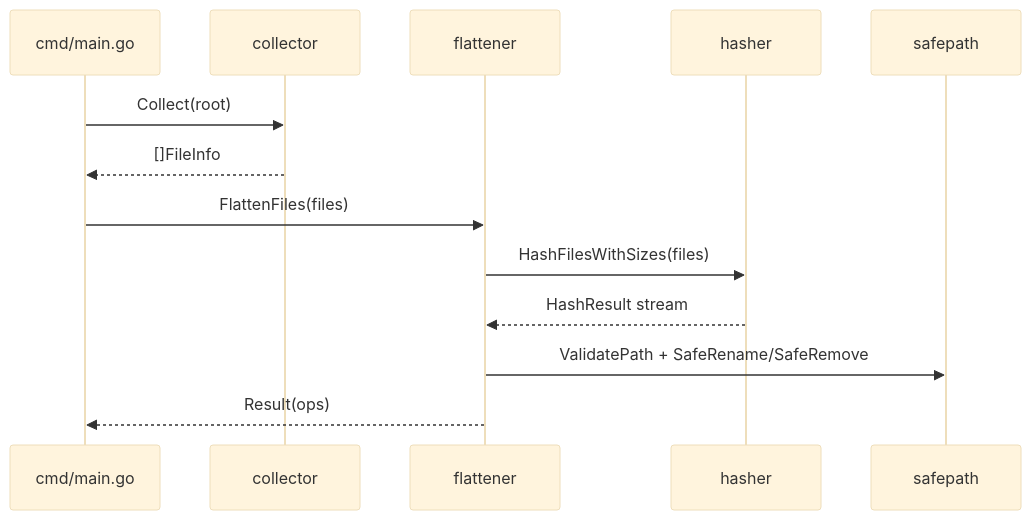
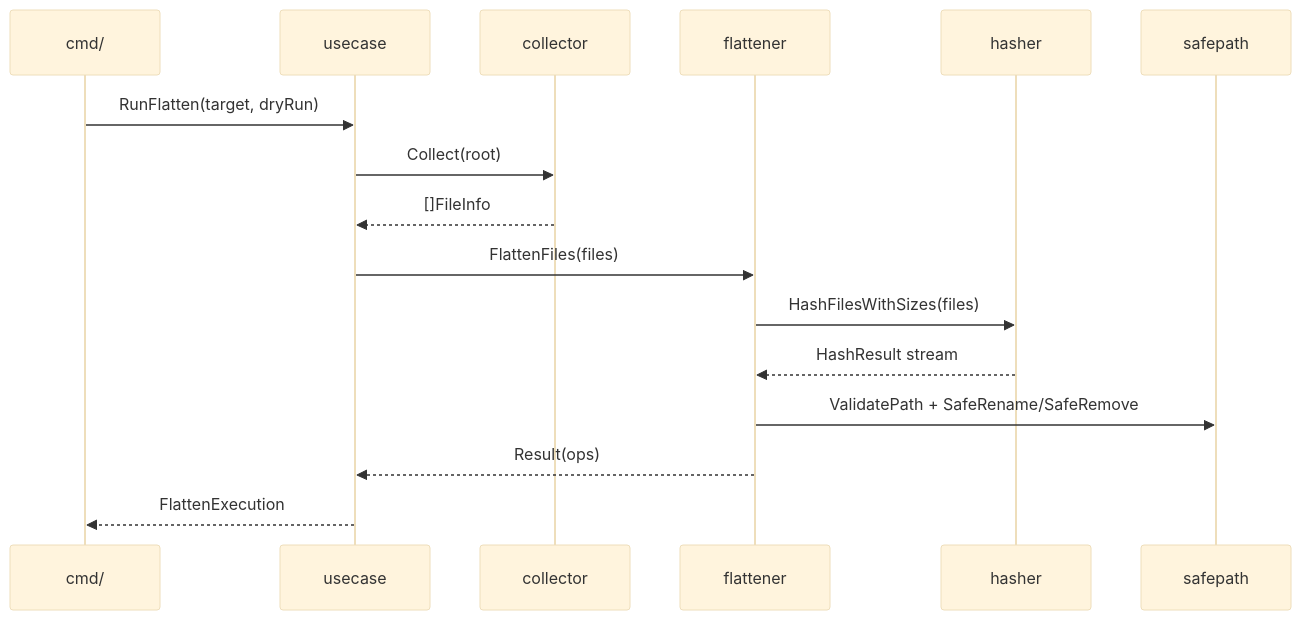
The third of 5 diagrams in docs/ARCHITECTURE.md (haapjari/btidy), drawn with Mermaid (base theme) before and after one commit. The commit also changed other lines of this file and 7 other files, not shown here.

Commit message:
refactor(cmd): extract command-line workflow orchestration into usecase service layer

````diff
--- a/docs/ARCHITECTURE.md
+++ b/docs/ARCHITECTURE.md
@@ -85,16 +90,19 @@
 ```mermaid
 sequenceDiagram
-  participant CLI as cmd/main.go
+  participant CLI as cmd/
+  participant U as usecase
   participant C as collector
   participant F as flattener
   participant H as hasher
   participant P as safepath
 
-  CLI->>C: Collect(root)
-  C-->>CLI: []FileInfo
-  CLI->>F: FlattenFiles(files)
+  CLI->>U: RunFlatten(target, dryRun)
+  U->>C: Collect(root)
+  C-->>U: []FileInfo
+  U->>F: FlattenFiles(files)
   F->>H: HashFilesWithSizes(files)
   H-->>F: HashResult stream
   F->>P: ValidatePath + SafeRename/SafeRemove
-  F-->>CLI: Result(ops)
+  F-->>U: Result(ops)
+  U-->>CLI: FlattenExecution
 ```
````
